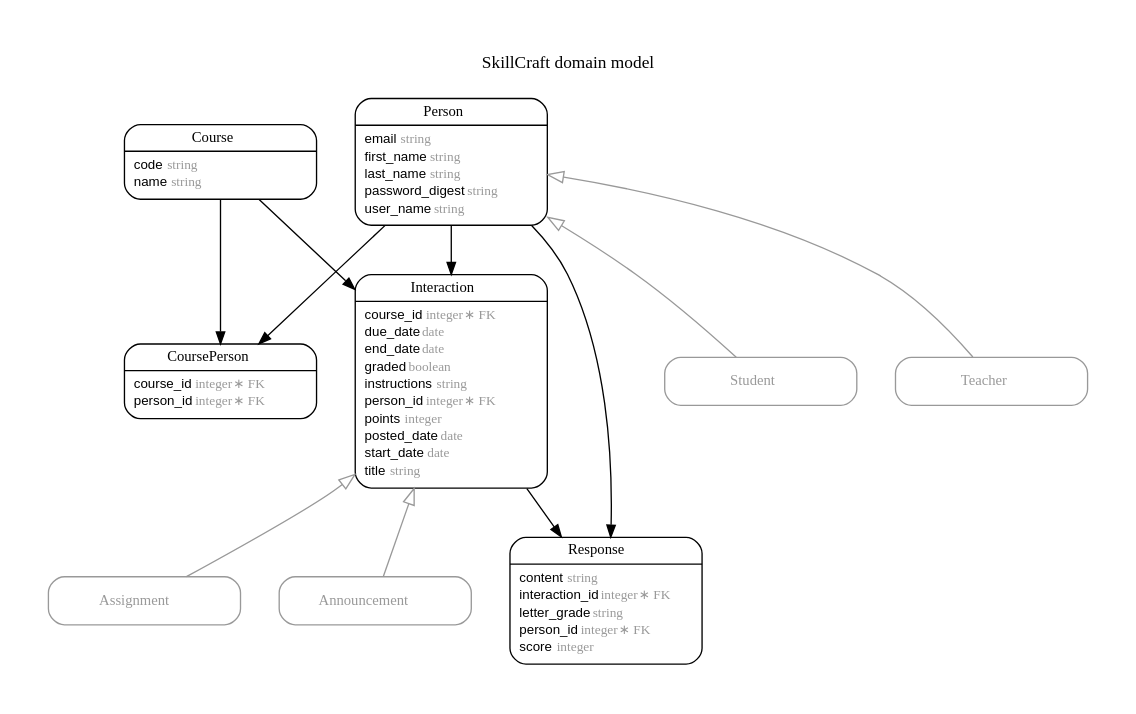
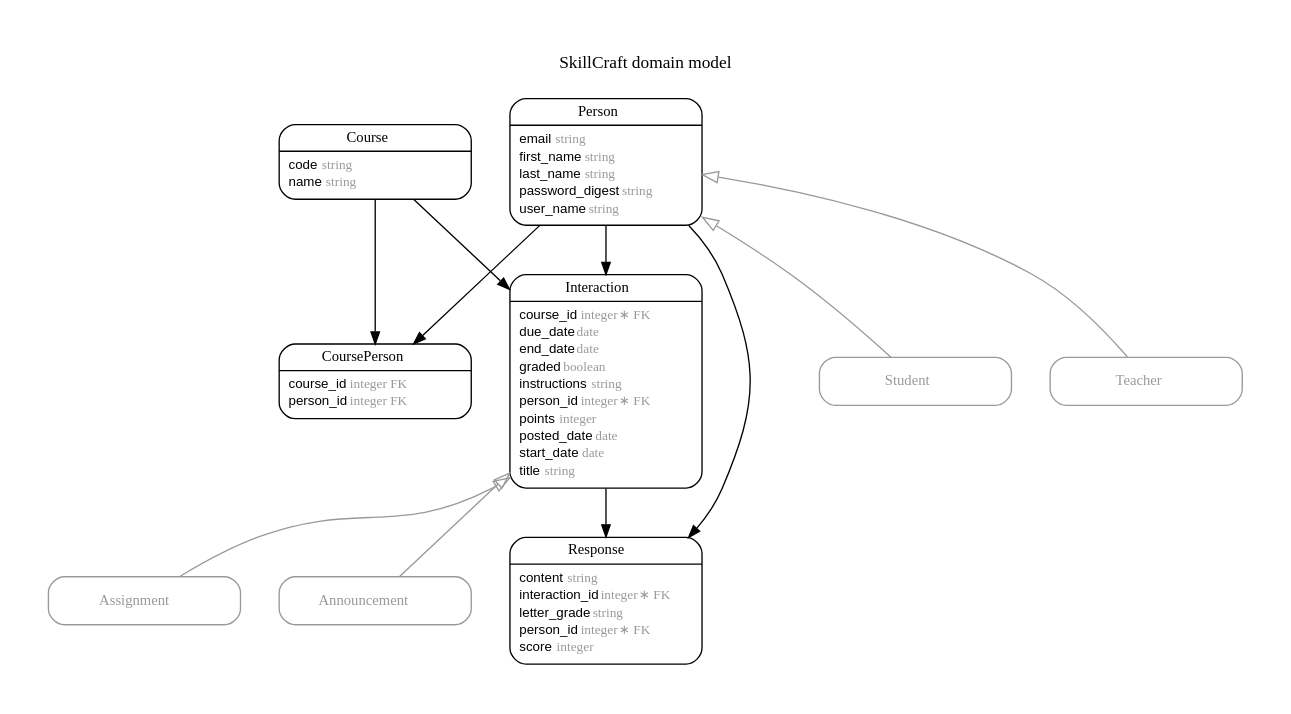
One commit to FergusDevelopmentLLC/skillcraft changed the diagram in erd.dot. Above: the diagram before and after it, drawn with Graphviz. The commit also changed 9 other files, not shown here.

```diff
--- a/erd.dot
+++ b/erd.dot
@@ -1,101 +1,101 @@
 digraph SkillCraft {
 rankdir = "LR";
 ranksep = "0.5";
 nodesep = "0.4";
 pad = "0.4,0.4";
 margin = "0,0";
 concentrate = "true";
 labelloc = "t";
 fontsize = "13";
 fontname = "Arial Bold";
 splines = "spline";
 node[ shape  =  "Mrecord" , fontsize  =  "10" , fontname  =  "Arial" , margin  =  "0.07,0.05" , penwidth  =  "1.0"];
 edge[ fontname  =  "Arial" , fontsize  =  "7" , dir  =  "both" , arrowsize  =  "0.9" , penwidth  =  "1.0" , labelangle  =  "32" , labeldistance  =  "1.8"];
 rankdir = "TB";
 label = "SkillCraft domain model\n\n";
 m_Announcement [color = "grey60", fontcolor = "grey60", label = <{<table border="0" align="center" cellspacing="0.5" cellpadding="0" width="134">
   <tr><td align="center" valign="bottom" width="130"><font face="Arial Bold" point-size="11">Announcement</font></td></tr>
 </table>
 }>];
 m_Assignment [color = "grey60", fontcolor = "grey60", label = <{<table border="0" align="center" cellspacing="0.5" cellpadding="0" width="134">
   <tr><td align="center" valign="bottom" width="130"><font face="Arial Bold" point-size="11">Assignment</font></td></tr>
 </table>
 }>];
 m_Course [label = <{<table border="0" align="center" cellspacing="0.5" cellpadding="0" width="134">
   <tr><td align="center" valign="bottom" width="130"><font face="Arial Bold" point-size="11">Course</font></td></tr>
 </table>
 |
 <table border="0" align="left" cellspacing="2" cellpadding="0" width="134">
   <tr><td align="left" width="130" port="code">code <font face="Arial Italic" color="grey60">string</font></td></tr>
   <tr><td align="left" width="130" port="name">name <font face="Arial Italic" color="grey60">string</font></td></tr>
 </table>
 }>];
 m_CoursePerson [label = <{<table border="0" align="center" cellspacing="0.5" cellpadding="0" width="134">
   <tr><td align="center" valign="bottom" width="130"><font face="Arial Bold" point-size="11">CoursePerson</font></td></tr>
 </table>
 |
 <table border="0" align="left" cellspacing="2" cellpadding="0" width="134">
-  <tr><td align="left" width="130" port="course_id">course_id <font face="Arial Italic" color="grey60">integer ∗ FK</font></td></tr>
-  <tr><td align="left" width="130" port="person_id">person_id <font face="Arial Italic" color="grey60">integer ∗ FK</font></td></tr>
+  <tr><td align="left" width="130" port="course_id">course_id <font face="Arial Italic" color="grey60">integer FK</font></td></tr>
+  <tr><td align="left" width="130" port="person_id">person_id <font face="Arial Italic" color="grey60">integer FK</font></td></tr>
 </table>
 }>];
 m_Interaction [label = <{<table border="0" align="center" cellspacing="0.5" cellpadding="0" width="134">
   <tr><td align="center" valign="bottom" width="130"><font face="Arial Bold" point-size="11">Interaction</font></td></tr>
 </table>
 |
 <table border="0" align="left" cellspacing="2" cellpadding="0" width="134">
   <tr><td align="left" width="130" port="course_id">course_id <font face="Arial Italic" color="grey60">integer ∗ FK</font></td></tr>
   <tr><td align="left" width="130" port="due_date">due_date <font face="Arial Italic" color="grey60">date</font></td></tr>
   <tr><td align="left" width="130" port="end_date">end_date <font face="Arial Italic" color="grey60">date</font></td></tr>
   <tr><td align="left" width="130" port="graded">graded <font face="Arial Italic" color="grey60">boolean</font></td></tr>
   <tr><td align="left" width="130" port="instructions">instructions <font face="Arial Italic" color="grey60">string</font></td></tr>
   <tr><td align="left" width="130" port="person_id">person_id <font face="Arial Italic" color="grey60">integer ∗ FK</font></td></tr>
   <tr><td align="left" width="130" port="points">points <font face="Arial Italic" color="grey60">integer</font></td></tr>
   <tr><td align="left" width="130" port="posted_date">posted_date <font face="Arial Italic" color="grey60">date</font></td></tr>
   <tr><td align="left" width="130" port="start_date">start_date <font face="Arial Italic" color="grey60">date</font></td></tr>
   <tr><td align="left" width="130" port="title">title <font face="Arial Italic" color="grey60">string</font></td></tr>
 </table>
 }>];
 m_Person [label = <{<table border="0" align="center" cellspacing="0.5" cellpadding="0" width="134">
   <tr><td align="center" valign="bottom" width="130"><font face="Arial Bold" point-size="11">Person</font></td></tr>
 </table>
 |
 <table border="0" align="left" cellspacing="2" cellpadding="0" width="134">
   <tr><td align="left" width="130" port="email">email <font face="Arial Italic" color="grey60">string</font></td></tr>
   <tr><td align="left" width="130" port="first_name">first_name <font face="Arial Italic" color="grey60">string</font></td></tr>
   <tr><td align="left" width="130" port="last_name">last_name <font face="Arial Italic" color="grey60">string</font></td></tr>
   <tr><td align="left" width="130" port="password_digest">password_digest <font face="Arial Italic" color="grey60">string</font></td></tr>
   <tr><td align="left" width="130" port="user_name">user_name <font face="Arial Italic" color="grey60">string</font></td></tr>
 </table>
 }>];
 m_Response [label = <{<table border="0" align="center" cellspacing="0.5" cellpadding="0" width="134">
   <tr><td align="center" valign="bottom" width="130"><font face="Arial Bold" point-size="11">Response</font></td></tr>
 </table>
 |
 <table border="0" align="left" cellspacing="2" cellpadding="0" width="134">
   <tr><td align="left" width="130" port="content">content <font face="Arial Italic" color="grey60">string</font></td></tr>
   <tr><td align="left" width="130" port="interaction_id">interaction_id <font face="Arial Italic" color="grey60">integer ∗ FK</font></td></tr>
   <tr><td align="left" width="130" port="letter_grade">letter_grade <font face="Arial Italic" color="grey60">string</font></td></tr>
   <tr><td align="left" width="130" port="person_id">person_id <font face="Arial Italic" color="grey60">integer ∗ FK</font></td></tr>
   <tr><td align="left" width="130" port="score">score <font face="Arial Italic" color="grey60">integer</font></td></tr>
 </table>
 }>];
 m_Student [color = "grey60", fontcolor = "grey60", label = <{<table border="0" align="center" cellspacing="0.5" cellpadding="0" width="134">
   <tr><td align="center" valign="bottom" width="130"><font face="Arial Bold" point-size="11">Student</font></td></tr>
 </table>
 }>];
 m_Teacher [color = "grey60", fontcolor = "grey60", label = <{<table border="0" align="center" cellspacing="0.5" cellpadding="0" width="134">
   <tr><td align="center" valign="bottom" width="130"><font face="Arial Bold" point-size="11">Teacher</font></td></tr>
 </table>
 }>];
   m_Interaction -> m_Announcement [color = "grey60", arrowtail = "onormal", arrowhead = "none", arrowsize = "1.2"];
   m_Interaction -> m_Assignment [color = "grey60", arrowtail = "onormal", arrowhead = "none", arrowsize = "1.2"];
   m_Person -> m_Student [color = "grey60", arrowtail = "onormal", arrowhead = "none", arrowsize = "1.2"];
   m_Person -> m_Teacher [color = "grey60", arrowtail = "onormal", arrowhead = "none", arrowsize = "1.2"];
-  m_Person -> m_Response [arrowhead = "normal", arrowtail = "none", weight = "4"];
   m_Person -> m_CoursePerson [arrowhead = "normal", arrowtail = "none", weight = "4"];
-  m_Person -> m_Interaction [arrowhead = "normal", arrowtail = "none", weight = "6"];
   m_Course -> m_Interaction [arrowhead = "normal", arrowtail = "none", weight = "4"];
+  m_Person -> m_Interaction [arrowhead = "normal", arrowtail = "none", weight = "3"];
   m_Interaction -> m_Response [arrowhead = "normal", arrowtail = "none", weight = "4"];
   m_Course -> m_CoursePerson [arrowhead = "normal", arrowtail = "none", weight = "2"];
+  m_Person -> m_Response [arrowhead = "normal", arrowtail = "none", weight = "1"];
 }
```
